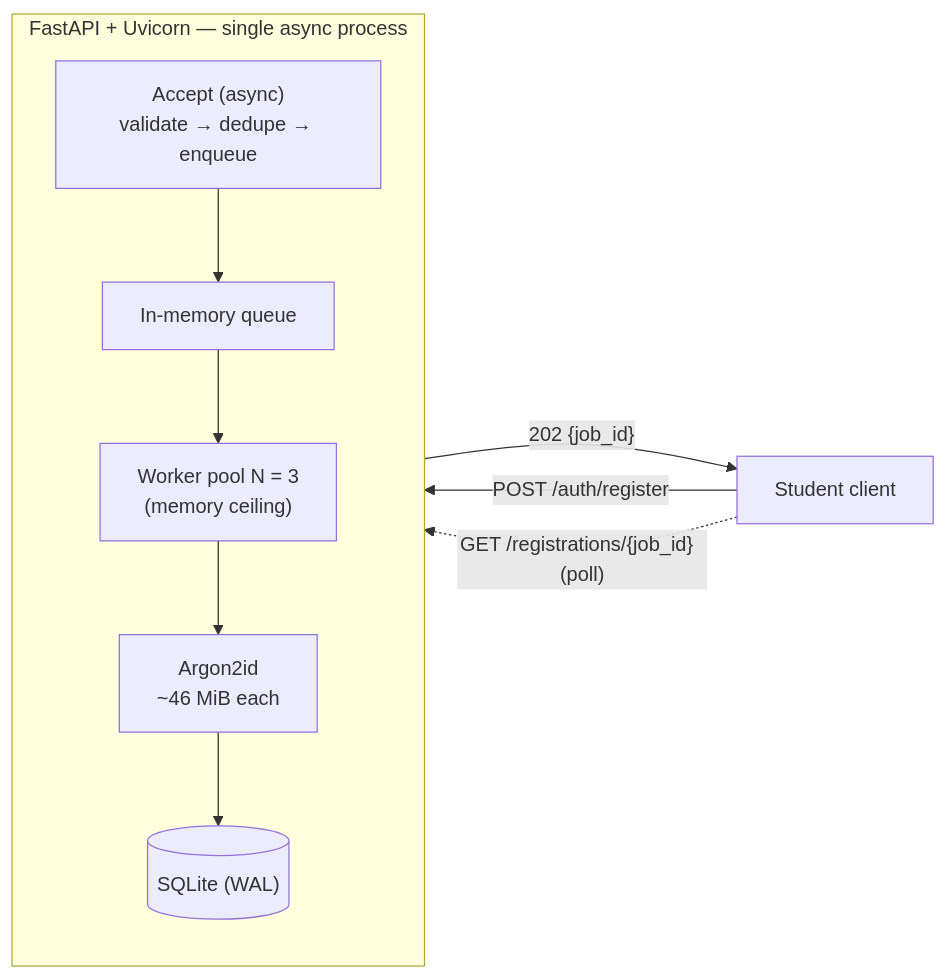
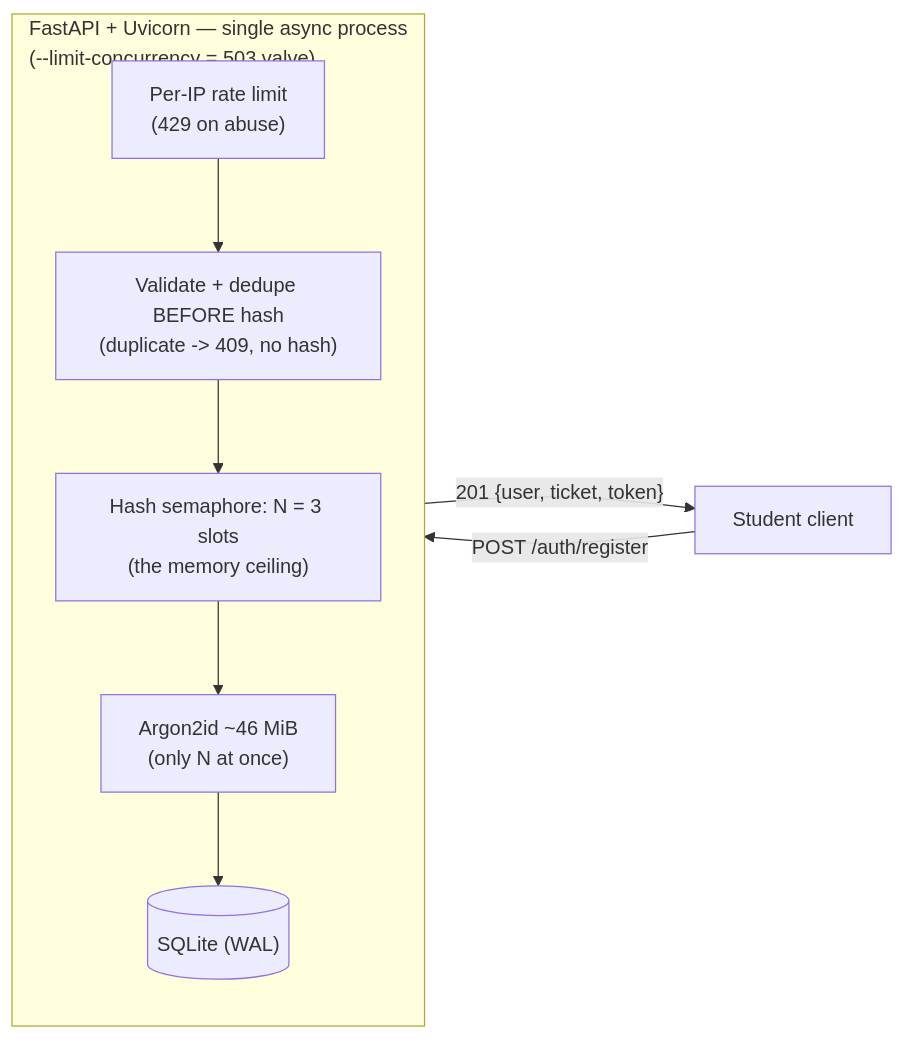
One commit to TheClazer/techfest-registration-backend changed the first of 2 diagrams in SCALE.md. Above: the diagram before and after it, drawn with Mermaid. The commit also changed other lines of this file and 1 other file, not shown here.

Commit message:
Align SCALE.md with the implemented bounded-concurrency strategy; add run-prod valve

````diff
--- a/SCALE.md
+++ b/SCALE.md
@@ -82,16 +77,15 @@
 ```mermaid
 flowchart LR
     C["Student client"]
-    subgraph API["FastAPI + Uvicorn — single async process"]
+    subgraph API["FastAPI + Uvicorn — single async process<br/>(--limit-concurrency = 503 valve)"]
         direction TB
-        A["Accept (async)<br/>validate → dedupe → enqueue"]
-        Q["In-memory queue"]
-        WP["Worker pool N = 3<br/>(memory ceiling)"]
-        H["Argon2id<br/>~46 MiB each"]
+        RL["Per-IP rate limit<br/>(429 on abuse)"]
+        V["Validate + dedupe BEFORE hash<br/>(duplicate -> 409, no hash)"]
+        S["Hash semaphore: N = 3 slots<br/>(the memory ceiling)"]
+        H["Argon2id ~46 MiB<br/>(only N at once)"]
         DB[("SQLite (WAL)")]
-        A --> Q --> WP --> H --> DB
+        RL --> V --> S --> H --> DB
     end
-    C -- "POST /auth/register" --> A
-    A -- "202 {job_id}" --> C
-    C -. "GET /registrations/{job_id}  (poll)" .-> A
+    C -- "POST /auth/register" --> RL
+    DB -- "201 {user, ticket, token}" --> C
 ```
````
